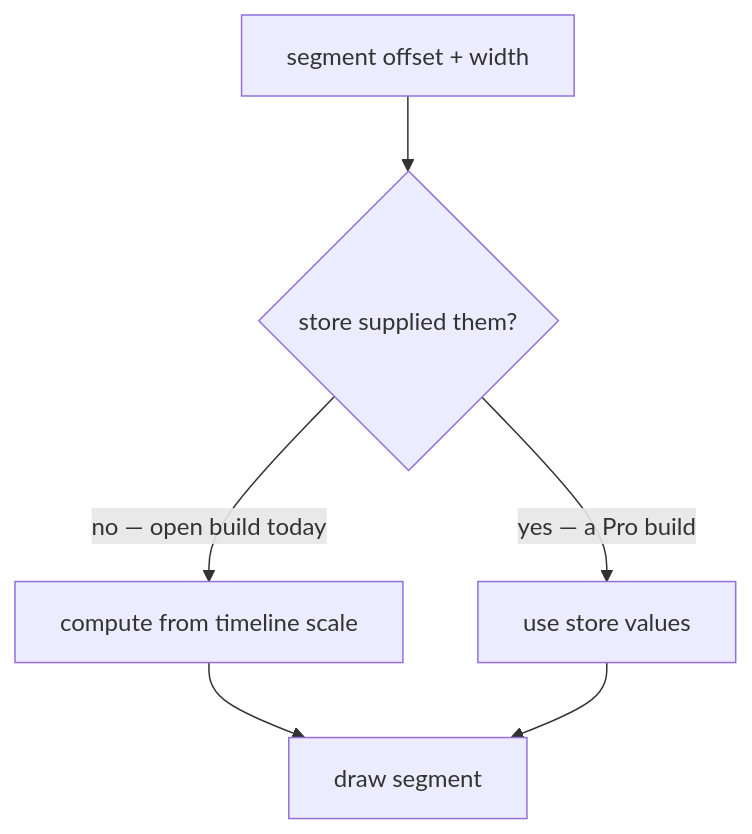
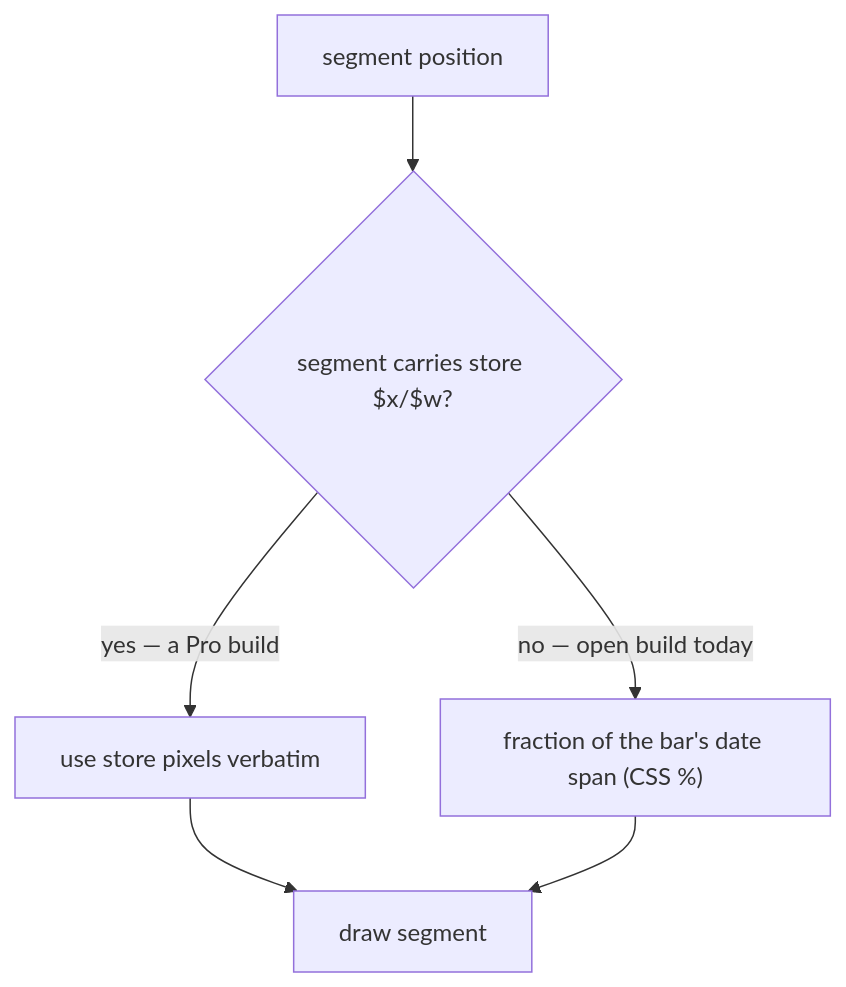
One commit to renatomen/tasknotes-gantt changed the second of 3 diagrams in docs/plans/2026-07-18-002-feat-split-task-segment-rendering-plan.md. Above: the diagram before and after it, drawn with Mermaid. The commit also changed other lines of this file, not shown here.

````diff
--- a/docs/plans/2026-07-18-002-feat-split-task-segment-rendering-plan.md
+++ b/docs/plans/2026-07-18-002-feat-split-task-segment-rendering-plan.md
@@ -102,8 +102,8 @@
 ```mermaid
 flowchart TB
-  NEED["segment offset + width"] --> Q{"store supplied them?"}
-  Q -->|"no — open build today"| CALC["compute from timeline scale"]
-  Q -->|"yes — a Pro build"| USE["use store values"]
-  CALC --> DRAW["draw segment"]
-  USE --> DRAW
+  NEED["segment position"] --> Q{"segment carries store $x/$w?"}
+  Q -->|"yes — a Pro build"| USE["use store pixels verbatim"]
+  Q -->|"no — open build today"| FRAC["fraction of the bar's date span (CSS %)"]
+  USE --> DRAW["draw segment"]
+  FRAC --> DRAW
 ```
````
